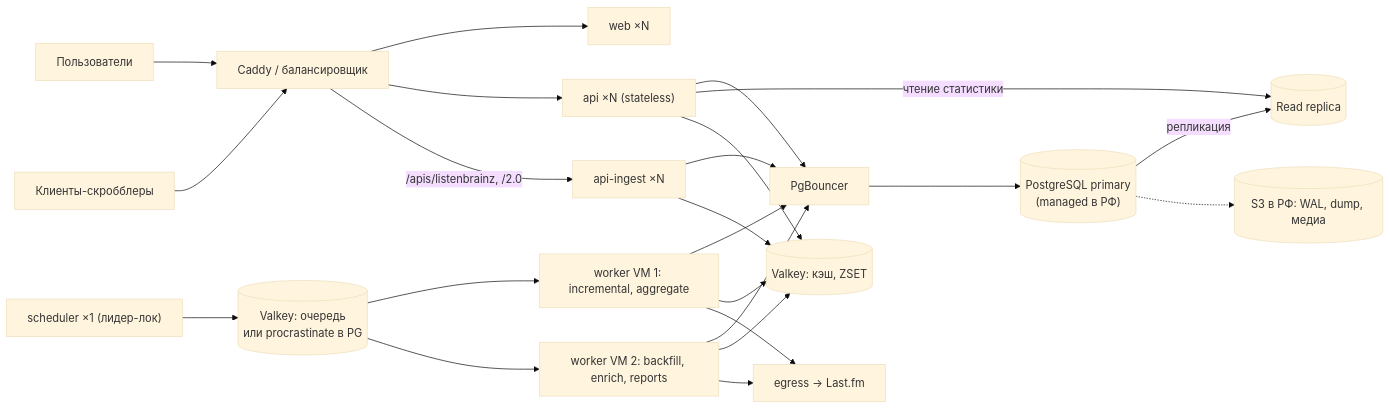
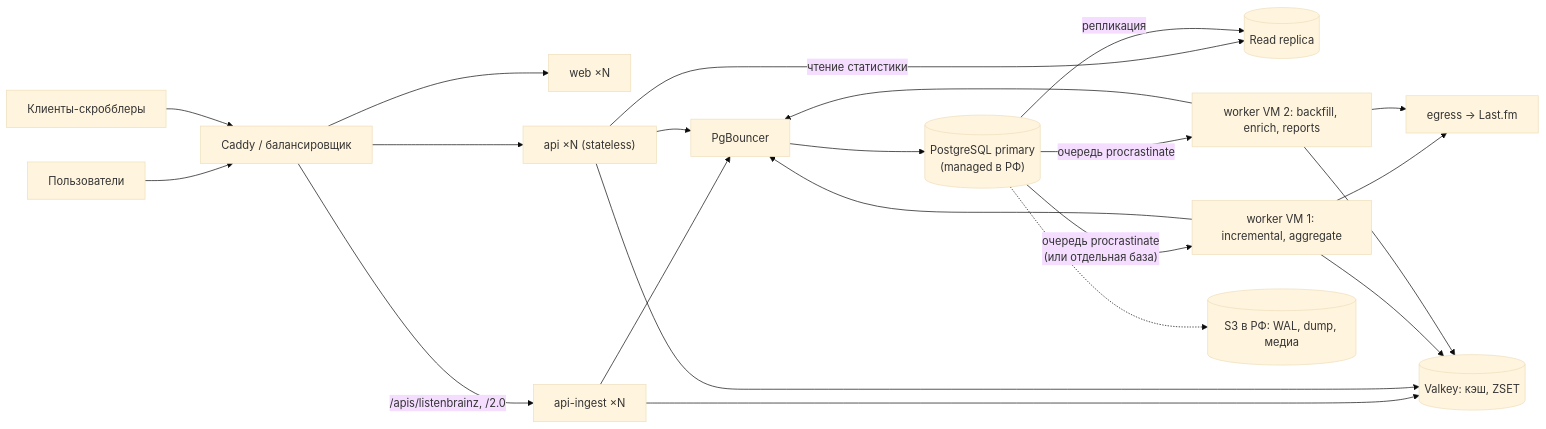
One commit to fighxy/scrobb changed the fifth of 7 diagrams in docs/architecture.md. Above: the diagram before and after it, drawn with Mermaid (base theme). The commit also changed other lines of this file and 4 other files, not shown here.

````diff
--- a/docs/architecture.md
+++ b/docs/architecture.md
@@ -1248,25 +1245,24 @@
 ```mermaid
 flowchart LR
   U["Пользователи"] --> LB["Caddy / балансировщик"]
   SC["Клиенты-скробблеры"] --> LB
   LB --> W1["web ×N"]
   LB --> A1["api ×N (stateless)"]
   LB -- "/apis/listenbrainz, /2.0" --> AI["api-ingest ×N"]
   AI --> PGB
   AI --> RC
   A1 --> PGB["PgBouncer"]
   PGB --> PRI[("PostgreSQL primary<br/>(managed в РФ)")]
   A1 -- "чтение статистики" --> REP[("Read replica")]
   PRI -- "репликация" --> REP
   A1 --> RC[("Valkey: кэш, ZSET")]
-  SCH["scheduler ×1 (лидер-лок)"] --> RQ[("Valkey: очередь<br/>или procrastinate в PG")]
-  RQ --> WK1["worker VM 1: incremental, aggregate"]
-  RQ --> WK2["worker VM 2: backfill, enrich, reports"]
+  PRI -- "очередь procrastinate<br/>(или отдельная база)" --> WK1["worker VM 1: incremental, aggregate"]
+  PRI -- "очередь procrastinate" --> WK2["worker VM 2: backfill, enrich, reports"]
   WK1 --> PGB
   WK2 --> PGB
   WK1 --> RC
   WK2 --> RC
   WK1 --> EG["egress → Last.fm"]
   WK2 --> EG
   PRI -.-> S3[("S3 в РФ: WAL, dump, медиа")]
 ```
````
